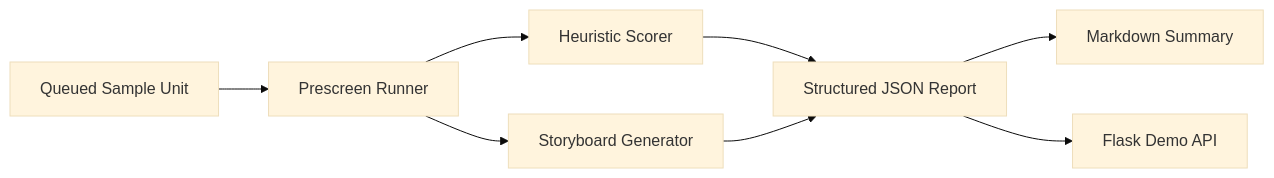
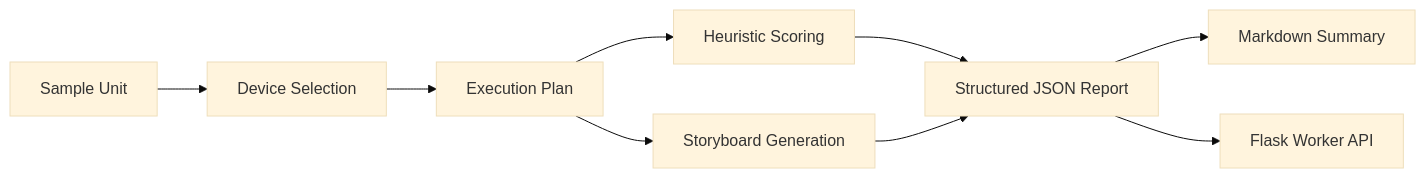
One commit to Nightaw/autoSampler-public changed the diagram in README.md. Above: the diagram before and after it, drawn with Mermaid (base theme). The commit also changed other lines of this file and 23 other files, not shown here.

````diff
--- a/README.md
+++ b/README.md
@@ -76,10 +21,11 @@
 ```mermaid
 flowchart LR
-    A["Queued Sample Unit"] --> B["Prescreen Runner"]
-    B --> C["Heuristic Scorer"]
-    B --> D["Storyboard Generator"]
-    C --> E["Structured JSON Report"]
-    D --> E
-    E --> F["Markdown Summary"]
-    E --> G["Flask Demo API"]
+    A["Sample Unit"] --> B["Device Selection"]
+    B --> C["Execution Plan"]
+    C --> D["Heuristic Scoring"]
+    C --> E["Storyboard Generation"]
+    D --> F["Structured JSON Report"]
+    E --> F
+    F --> G["Markdown Summary"]
+    F --> H["Flask Worker API"]
 ```
````
